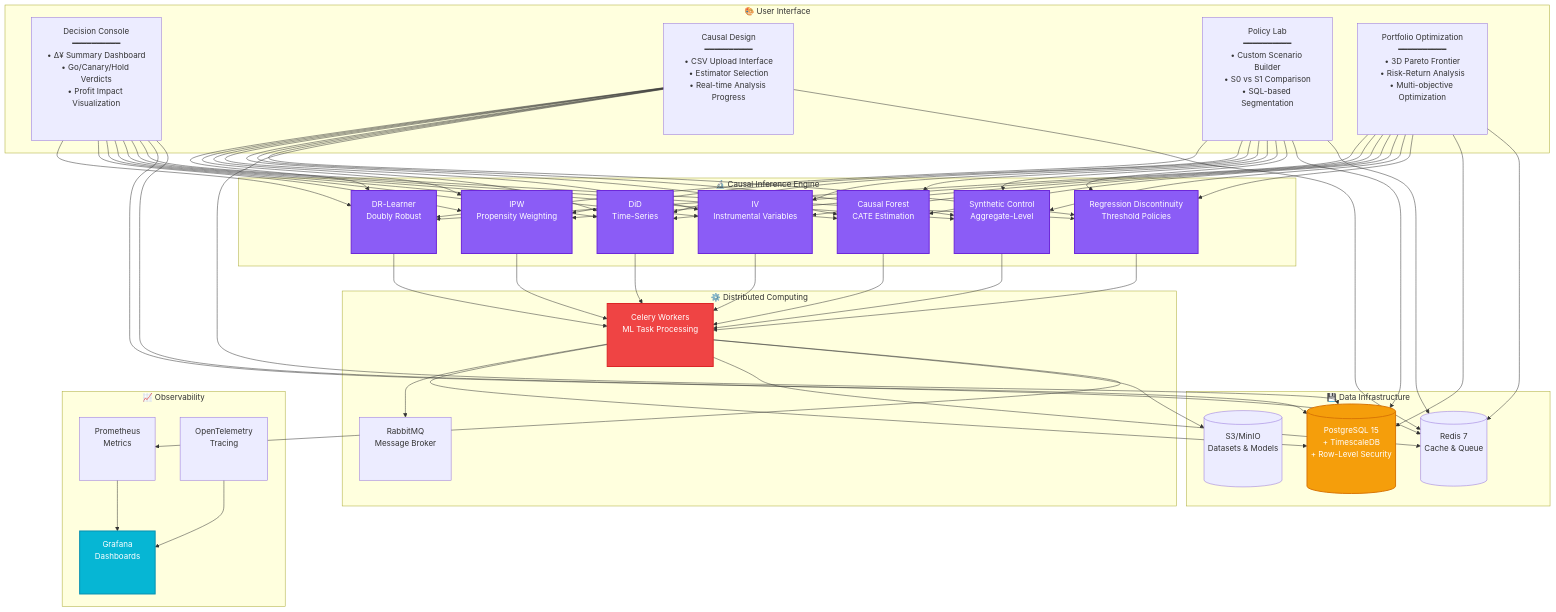
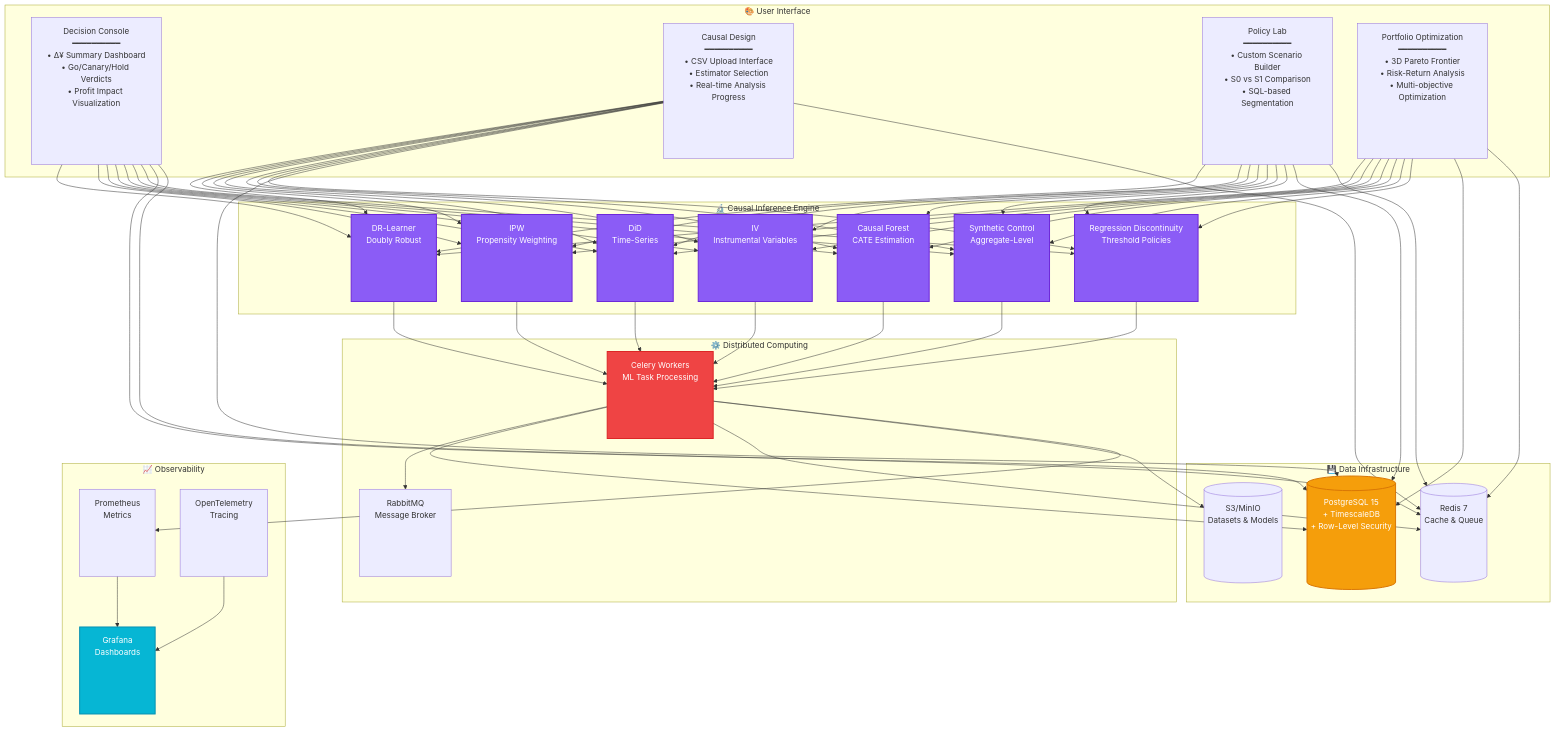
One commit to onodera22ten/CQOx_gen changed the second of 6 diagrams in README_en.md. Above: the diagram before and after it, drawn with Mermaid. The commit also changed other lines of this file, not shown here.

````diff
--- a/README_en.md
+++ b/README_en.md
@@ -352,56 +316,56 @@
 ```mermaid
 graph TB
     subgraph "🎨 User Interface"
-        DC[Decision Console<br/>━━━━━━━━━━<br/>• Δ¥ Summary Dashboard<br/>• Go/Canary/Hold Verdicts<br/>• Profit Impact Visualization<br/> <br/> <br/> ]
-        CD[Causal Design<br/>━━━━━━━━━━<br/>• CSV Upload Interface<br/>• Estimator Selection<br/>• Real-time Analysis Progress<br/> <br/> <br/> ]
-        PL[Policy Lab<br/>━━━━━━━━━━<br/>• Custom Scenario Builder<br/>• S0 vs S1 Comparison<br/>• SQL-based Segmentation<br/> <br/> <br/> ]
-        PO[Portfolio Optimization<br/>━━━━━━━━━━<br/>• 3D Pareto Frontier<br/>• Risk-Return Analysis<br/>• Multi-objective Optimization<br/> <br/> <br/> ]
+        DC[Decision Console<br/>━━━━━━━━━━<br/>• Δ¥ Summary Dashboard<br/>• Go/Canary/Hold Verdicts<br/>• Profit Impact Visualization<br/> <br/> <br/> <br/> <br/> ]
+        CD[Causal Design<br/>━━━━━━━━━━<br/>• CSV Upload Interface<br/>• Estimator Selection<br/>• Real-time Analysis Progress<br/> <br/> <br/> <br/> <br/> ]
+        PL[Policy Lab<br/>━━━━━━━━━━<br/>• Custom Scenario Builder<br/>• S0 vs S1 Comparison<br/>• SQL-based Segmentation<br/> <br/> <br/> <br/> <br/> ]
+        PO[Portfolio Optimization<br/>━━━━━━━━━━<br/>• 3D Pareto Frontier<br/>• Risk-Return Analysis<br/>• Multi-objective Optimization<br/> <br/> <br/> <br/> <br/> ]
     end
 
     subgraph "🔬 Causal Inference Engine"
-        DR[DR-Learner<br/>Doubly Robust<br/> <br/> <br/> ]
-        IPW[IPW<br/>Propensity Weighting<br/> <br/> <br/> ]
-        DiD[DiD<br/>Time-Series<br/> <br/> <br/> ]
-        IV[IV<br/>Instrumental Variables<br/> <br/> <br/> ]
-        CF[Causal Forest<br/>CATE Estimation<br/> <br/> <br/> ]
-        SCM[Synthetic Control<br/>Aggregate-Level<br/> <br/> <br/> ]
-        RD[Regression Discontinuity<br/>Threshold Policies<br/> <br/> <br/> ]
+        DR[DR-Learner<br/>Doubly Robust<br/> <br/> <br/> <br/> <br/> ]
+        IPW[IPW<br/>Propensity Weighting<br/> <br/> <br/> <br/> <br/> ]
+        DiD[DiD<br/>Time-Series<br/> <br/> <br/> <br/> <br/> ]
+        IV[IV<br/>Instrumental Variables<br/> <br/> <br/> <br/> <br/> ]
+        CF[Causal Forest<br/>CATE Estimation<br/> <br/> <br/> <br/> <br/> ]
+        SCM[Synthetic Control<br/>Aggregate-Level<br/> <br/> <br/> <br/> <br/> ]
+        RD[Regression Discontinuity<br/>Threshold Policies<br/> <br/> <br/> <br/> <br/> ]
     end
 
     subgraph "💾 Data Infrastructure"
-        PG[(PostgreSQL 15<br/>+ TimescaleDB<br/>+ Row-Level Security<br/> <br/> <br/> )]
-        Redis[(Redis 7<br/>Cache & Queue<br/> <br/> <br/> )]
-        S3[(S3/MinIO<br/>Datasets & Models<br/> <br/> <br/> )]
+        PG[(PostgreSQL 15<br/>+ TimescaleDB<br/>+ Row-Level Security<br/> <br/> <br/> <br/> <br/> )]
+        Redis[(Redis 7<br/>Cache & Queue<br/> <br/> <br/> <br/> <br/> )]
+        S3[(S3/MinIO<br/>Datasets & Models<br/> <br/> <br/> <br/> <br/> )]
     end
 
     subgraph "⚙️ Distributed Computing"
-        Celery[Celery Workers<br/>ML Task Processing<br/> <br/> <br/> ]
-        RabbitMQ[RabbitMQ<br/>Message Broker<br/> <br/> <br/> ]
+        Celery[Celery Workers<br/>ML Task Processing<br/> <br/> <br/> <br/> <br/> ]
+        RabbitMQ[RabbitMQ<br/>Message Broker<br/> <br/> <br/> <br/> <br/> ]
     end
 
     subgraph "📈 Observability"
-        Prom[Prometheus<br/>Metrics<br/> <br/> <br/> ]
-        Graf[Grafana<br/>Dashboards<br/> <br/> <br/> ]
-        OTel[OpenTelemetry<br/>Tracing<br/> <br/> <br/> ]
+        Prom[Prometheus<br/>Metrics<br/> <br/> <br/> <br/> <br/> ]
+        Graf[Grafana<br/>Dashboards<br/> <br/> <br/> <br/> <br/> ]
+        OTel[OpenTelemetry<br/>Tracing<br/> <br/> <br/> <br/> <br/> ]
     end
 
     DC & CD & PL & PO --> DR & IPW & DiD & IV & CF & SCM & RD
     DR & IPW & DiD & IV & CF & SCM & RD --> Celery
     Celery --> RabbitMQ
     Celery --> PG & Redis & S3
     DC & CD & PL & PO --> PG & Redis
     Celery --> Prom
     Prom --> Graf
     OTel --> Graf
 
     style DR fill:#8b5cf6,stroke:#6d28d9,color:#fff,stroke-width:2px
     style IPW fill:#8b5cf6,stroke:#6d28d9,color:#fff,stroke-width:2px
     style DiD fill:#8b5cf6,stroke:#6d28d9,color:#fff,stroke-width:2px
     style IV fill:#8b5cf6,stroke:#6d28d9,color:#fff,stroke-width:2px
     style CF fill:#8b5cf6,stroke:#6d28d9,color:#fff,stroke-width:2px
     style SCM fill:#8b5cf6,stroke:#6d28d9,color:#fff,stroke-width:2px
     style RD fill:#8b5cf6,stroke:#6d28d9,color:#fff,stroke-width:2px
     style PG fill:#f59e0b,stroke:#d97706,color:#fff,stroke-width:2px
     style Celery fill:#ef4444,stroke:#dc2626,color:#fff,stroke-width:2px
     style Graf fill:#06b6d4,stroke:#0891b2,color:#fff,stroke-width:2px
 ```
````
